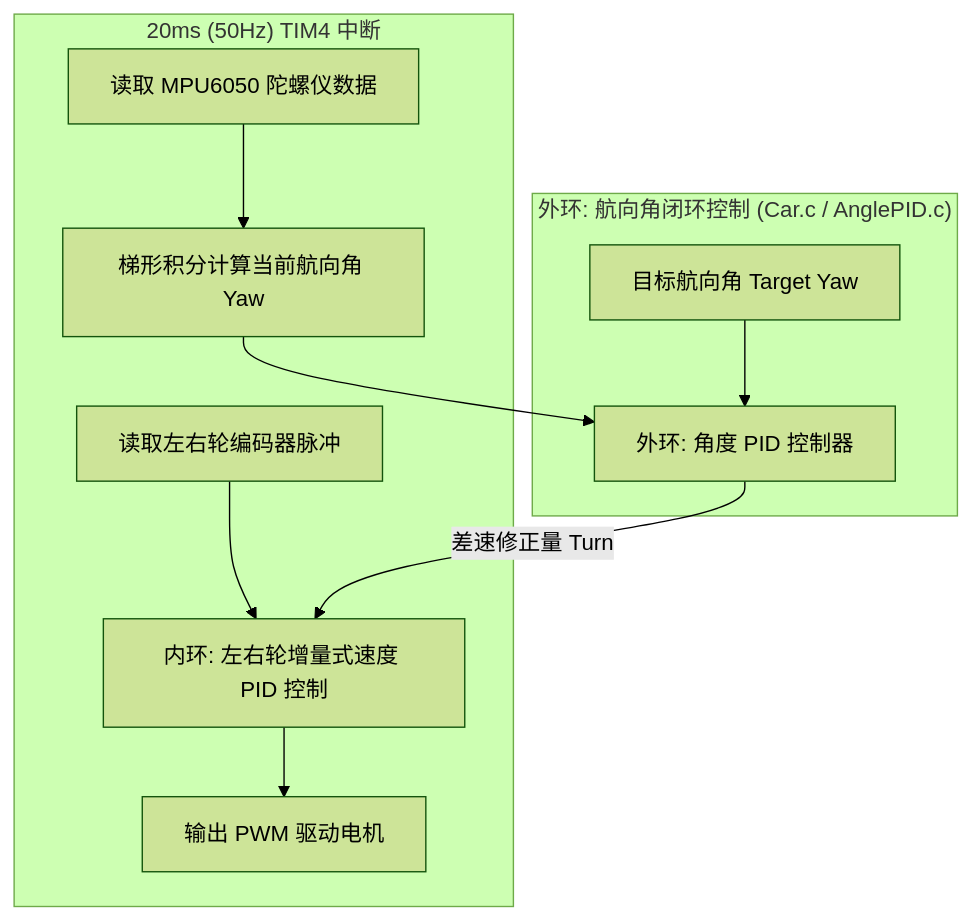
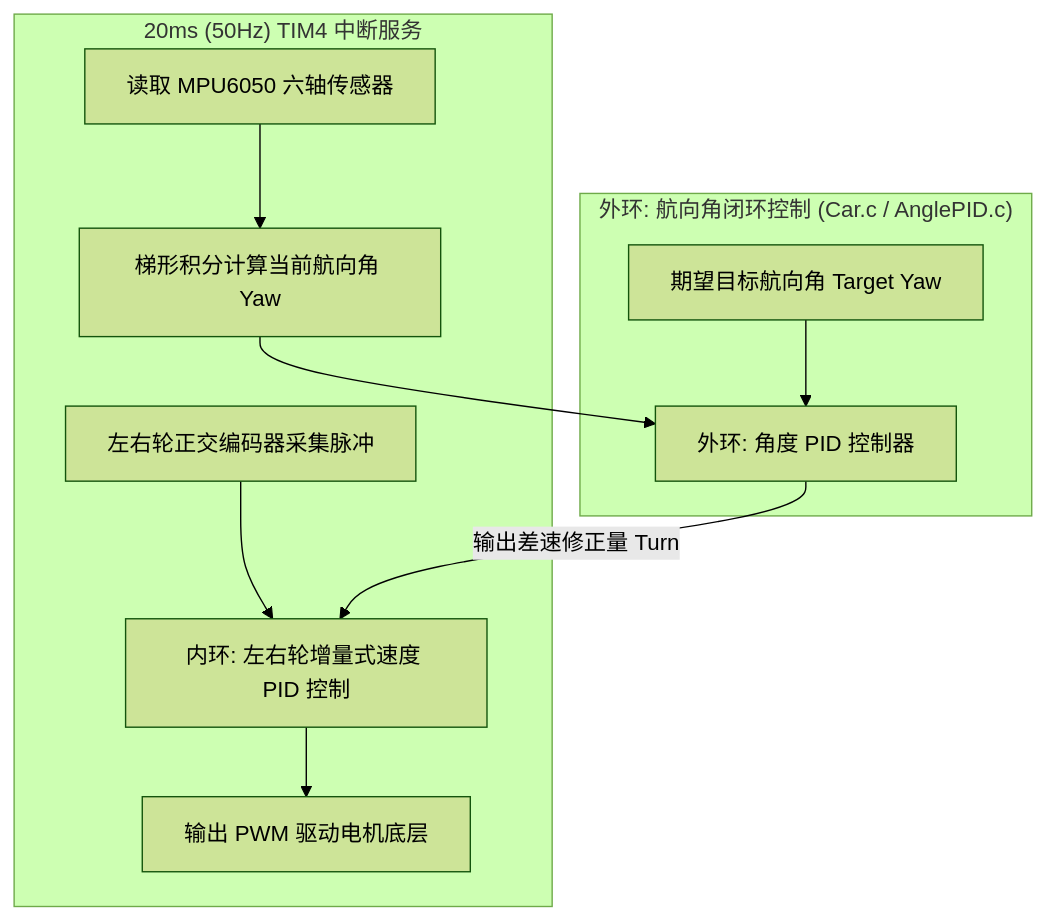
Before and after one commit to faithic/STM32-SmartCar: the first of 2 diagrams in README.md, drawn with Mermaid (forest theme). The commit also changed other lines of this file, not shown here.

````diff
--- a/README.md
+++ b/README.md
@@ -27,14 +53,14 @@
 ```mermaid
 flowchart TD
-    subgraph 20ms_Heartbeat["20ms (50Hz) TIM4 中断"]
-        A[读取左右轮编码器脉冲] --> B[内环: 左右轮增量式速度 PID 控制]
-        B --> C[输出 PWM 驱动电机]
-        D[读取 MPU6050 陀螺仪数据] --> E[梯形积分计算当前航向角 Yaw]
+    subgraph Heartbeat_20ms["20ms (50Hz) TIM4 中断服务"]
+        A[左右轮正交编码器采集脉冲] --> B[内环: 左右轮增量式速度 PID 控制]
+        B --> C[输出 PWM 驱动电机底层]
+        D[读取 MPU6050 六轴传感器] --> E[梯形积分计算当前航向角 Yaw]
     end
 
     subgraph Outer_Loop["外环: 航向角闭环控制 (Car.c / AnglePID.c)"]
-        F[目标航向角 Target Yaw] --> G[外环: 角度 PID 控制器]
+        F[期望目标航向角 Target Yaw] --> G[外环: 角度 PID 控制器]
         E --> G
-        G -->|差速修正量 Turn| B
+        G -->|输出差速修正量 Turn| B
     end
 ```
````
